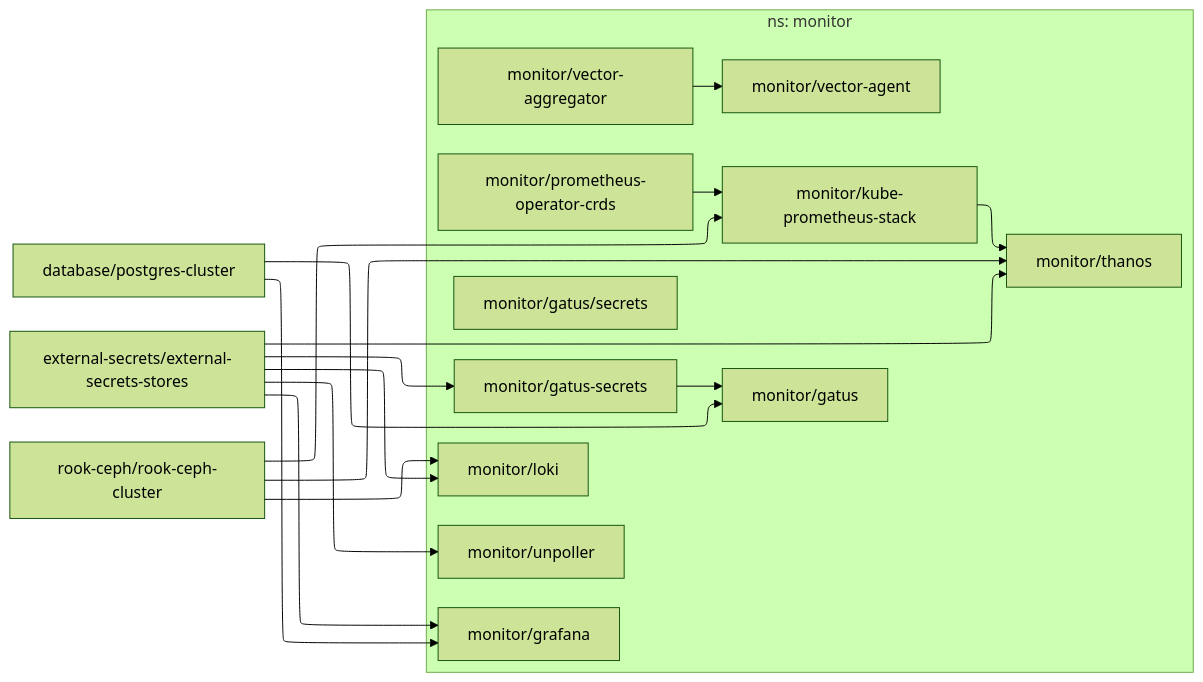
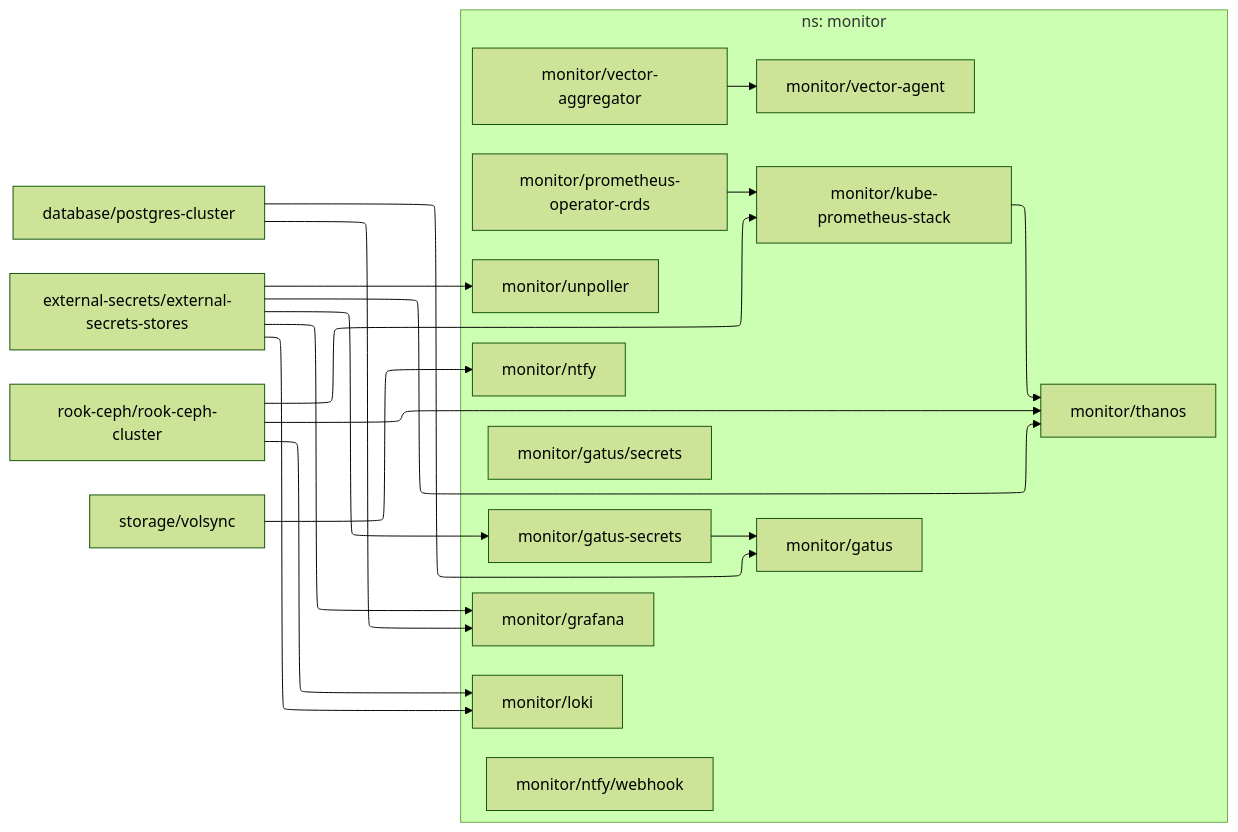
Before and after one commit to roblandry/home-ops: the diagram in dependencies/DEPENDENCIES-monitor.md, drawn with Mermaid (forest theme). The commit also changed 13 other files, not shown here.

````diff
--- a/dependencies/DEPENDENCIES-monitor.md
+++ b/dependencies/DEPENDENCIES-monitor.md
@@ -1,32 +1,34 @@
 ```mermaid
 ---
 config:
   layout: elk
 ---
 flowchart LR
 
   subgraph "ns: monitor"
     monitor/gatus/secrets
     monitor/grafana
-    monitor/kube-prometheus-stack
     monitor/loki
+    monitor/ntfy
+    monitor/ntfy/webhook
     monitor/prometheus-operator-crds
     monitor/unpoller
     monitor/vector-agent
     monitor/vector-aggregator
     monitor/gatus-secrets --> monitor/gatus
     monitor/kube-prometheus-stack --> monitor/thanos
     monitor/prometheus-operator-crds --> monitor/kube-prometheus-stack
     monitor/vector-aggregator --> monitor/vector-agent
   end
   database/postgres-cluster --> monitor/gatus
   database/postgres-cluster --> monitor/grafana
   external-secrets/external-secrets-stores --> monitor/gatus-secrets
   external-secrets/external-secrets-stores --> monitor/grafana
   external-secrets/external-secrets-stores --> monitor/loki
   external-secrets/external-secrets-stores --> monitor/thanos
   external-secrets/external-secrets-stores --> monitor/unpoller
   rook-ceph/rook-ceph-cluster --> monitor/kube-prometheus-stack
   rook-ceph/rook-ceph-cluster --> monitor/loki
   rook-ceph/rook-ceph-cluster --> monitor/thanos
+  storage/volsync --> monitor/ntfy
 ```
````
